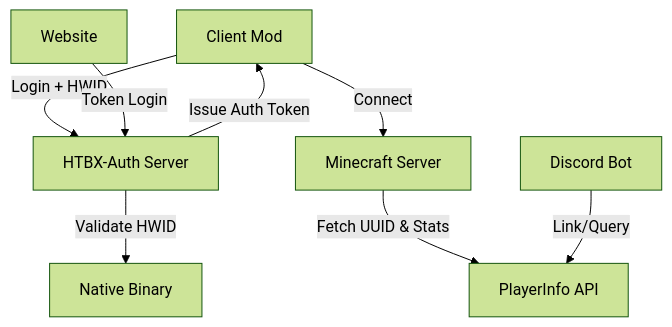
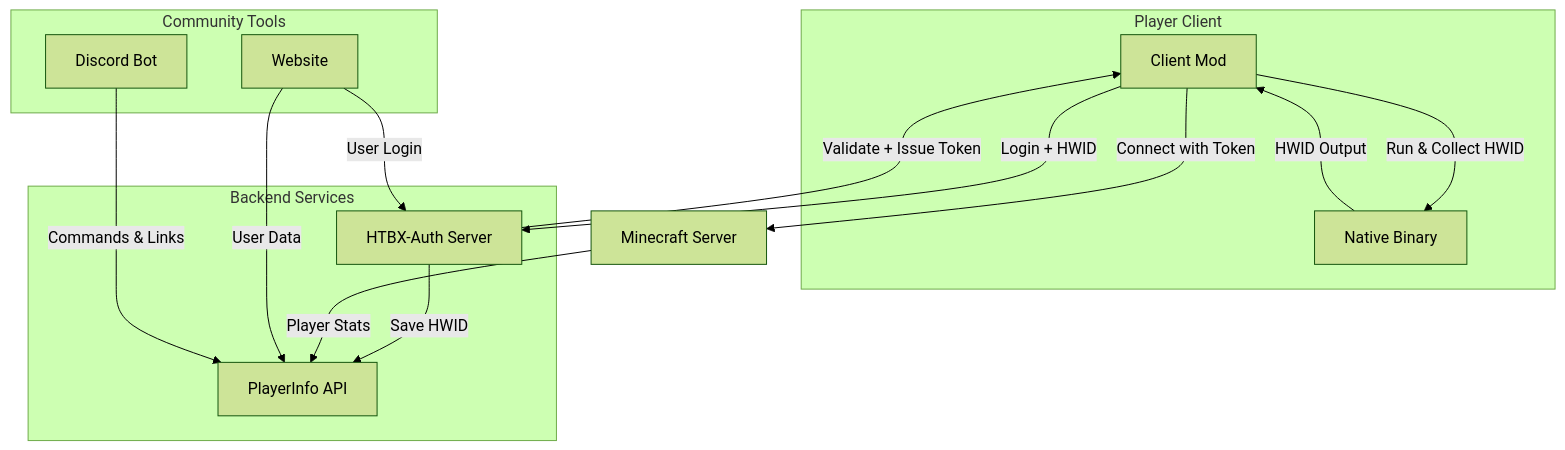
The diagram in profile/README.md (DwiEmasMinecraft/.github), drawn with Mermaid (forest theme) before and after one commit.

`````diff
--- a/profile/README.md
+++ b/profile/README.md
@@ -25,10 +25,28 @@
 ```mermaid
 graph TD
-  A[Client Mod] -->|Login + HWID| B[HTBX-Auth Server]
-  A -->|Connect| C[Minecraft Server]
-  C -->|Fetch UUID & Stats| D[PlayerInfo API]
-  B -->|Issue Auth Token| A
-  B -->|Validate HWID| E[Native Binary]
-  F[Website] -->|Token Login| B
-  G[Discord Bot] -->|Link/Query| D
+  subgraph Player Client
+    A[Client Mod]
+    E[Native Binary]
+  end
+
+  subgraph Backend Services
+    B[HTBX-Auth Server]
+    C[PlayerInfo API]
+  end
+
+  subgraph Community Tools
+    F[Website]
+    G[Discord Bot]
+  end
+
+  A -->|Run & Collect HWID| E
+  E -->|HWID Output| A
+  A -->|Login + HWID| B
+  B -->|Validate + Issue Token| A
+  B -->|Save HWID| C
+  A -->|Connect with Token| H[Minecraft Server]
+  H -->|Player Stats| C
+  F -->|User Login| B
+  F -->|User Data| C
+  G -->|Commands & Links| C
 ````
`````
